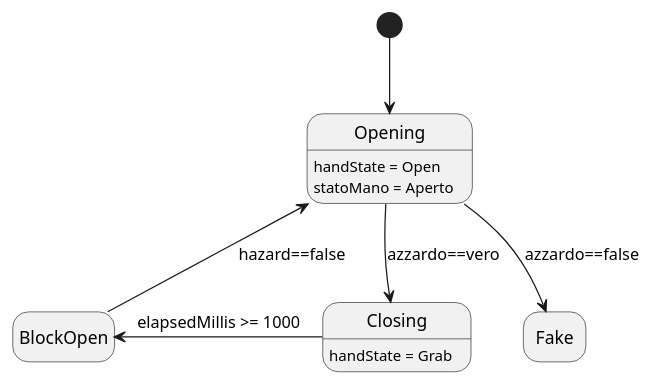
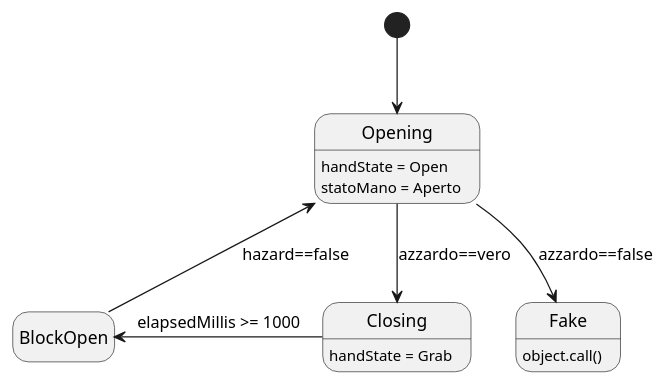
Before and after one commit to Fantazzj/PlantUML-StateDiagram-to-cpp: the diagram in diagram-test/easy.puml, drawn with PlantUML. The commit also changed 1 other file, not shown here.

```diff
--- a/diagram-test/easy.puml
+++ b/diagram-test/easy.puml
@@ -1,20 +1,21 @@
 @startuml
 hide empty description
 
 'Simple comment
 /'Simple comment'/
 
 state Opening : handState = Open
 state Opening : statoMano = Aperto /' inline comment '/
 state Closing : handState = Grab
+state Fake : object.call()
 
 [*] -down-> Opening
 
 Opening -down-> Closing : azzardo==vero
 Opening -down-> Fake : azzardo==false
 
 BlockOpen -up-> Opening : hazard==false
 
 Closing -l-> BlockOpen : elapsedMillis >= 1000
 
 @enduml
```
